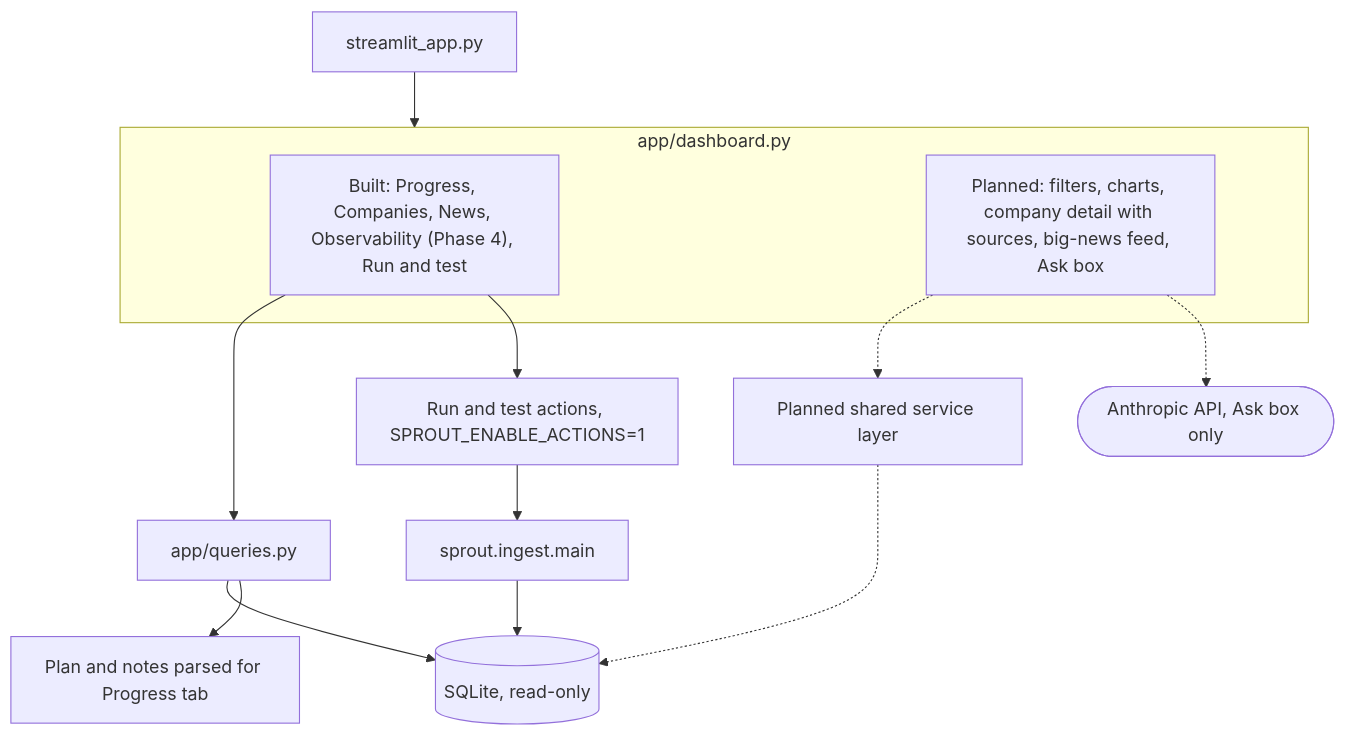
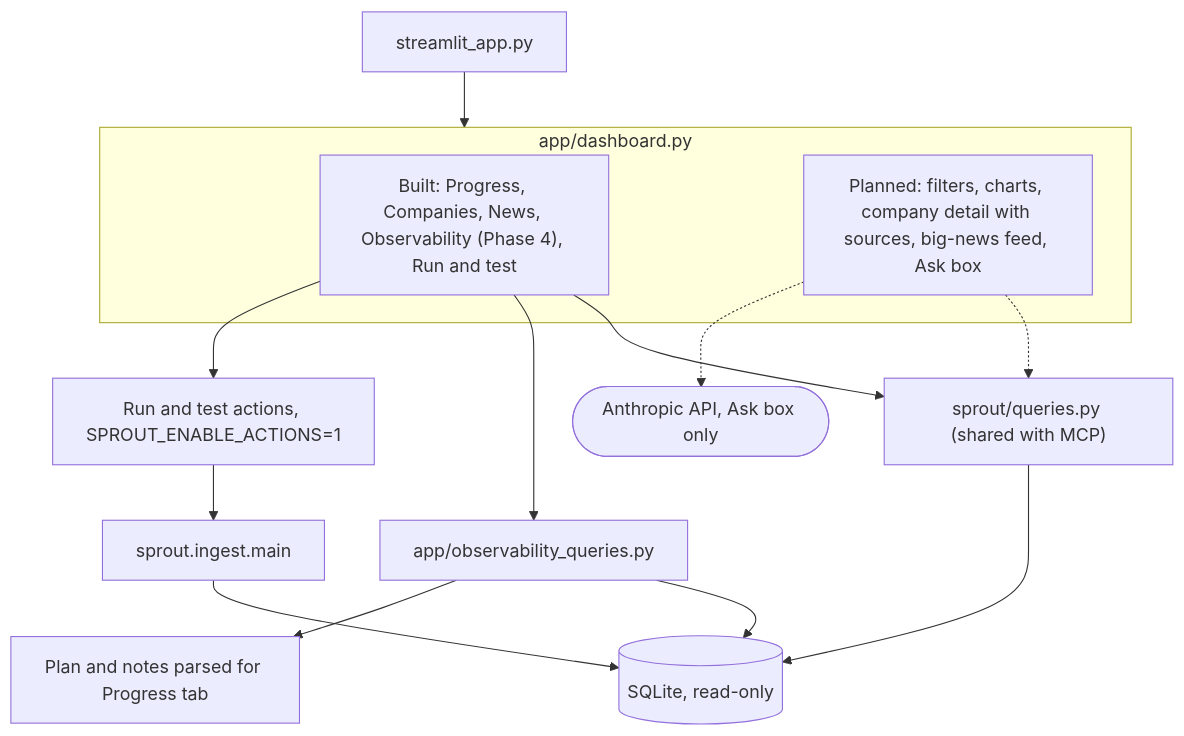
One commit to Farzaanee/sprout changed the diagram in docs/architecture/phases/phase-7-dashboard.md. Above: the diagram before and after it, drawn with Mermaid. The commit also changed other lines of this file and 22 other files, not shown here.

````diff
--- a/docs/architecture/phases/phase-7-dashboard.md
+++ b/docs/architecture/phases/phase-7-dashboard.md
@@ -5,25 +5,26 @@
 ```mermaid
 flowchart TB
     ENTRY["streamlit_app.py"]
     subgraph UI["app/dashboard.py"]
         T1["Built: Progress, Companies, News, Observability (Phase 4), Run and test"]
         T2["Planned: filters, charts, company detail with sources, big-news feed, Ask box"]
     end
-    Q["app/queries.py"]
-    SVC["Planned shared service layer"]
+    Q["sprout/queries.py (shared with MCP)"]
+    OQ["app/observability_queries.py"]
     SQL[("SQLite, read-only")]
     DOCS["Plan and notes parsed for Progress tab"]
     ACT["Run and test actions, SPROUT_ENABLE_ACTIONS=1"]
     ING["sprout.ingest.main"]
     LLM(["Anthropic API, Ask box only"])
     ENTRY --> UI
     T1 --> Q
-    T2 -.-> SVC
+    T1 --> OQ
+    T2 -.-> Q
     Q --> SQL
-    Q --> DOCS
-    SVC -.-> SQL
+    OQ --> SQL
+    OQ --> DOCS
     T1 --> ACT
     ACT --> ING
     ING --> SQL
     T2 -.-> LLM
 ```
````
